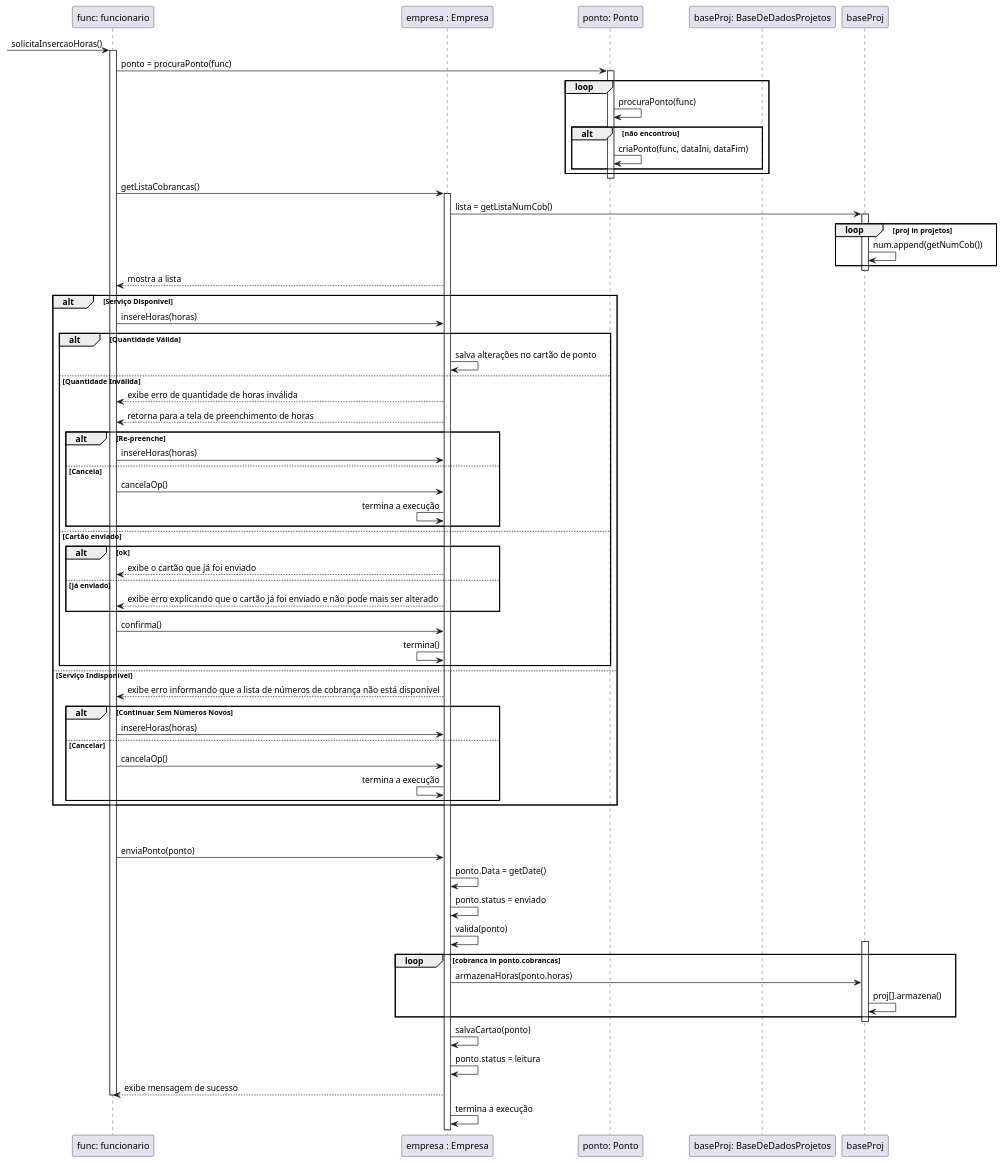
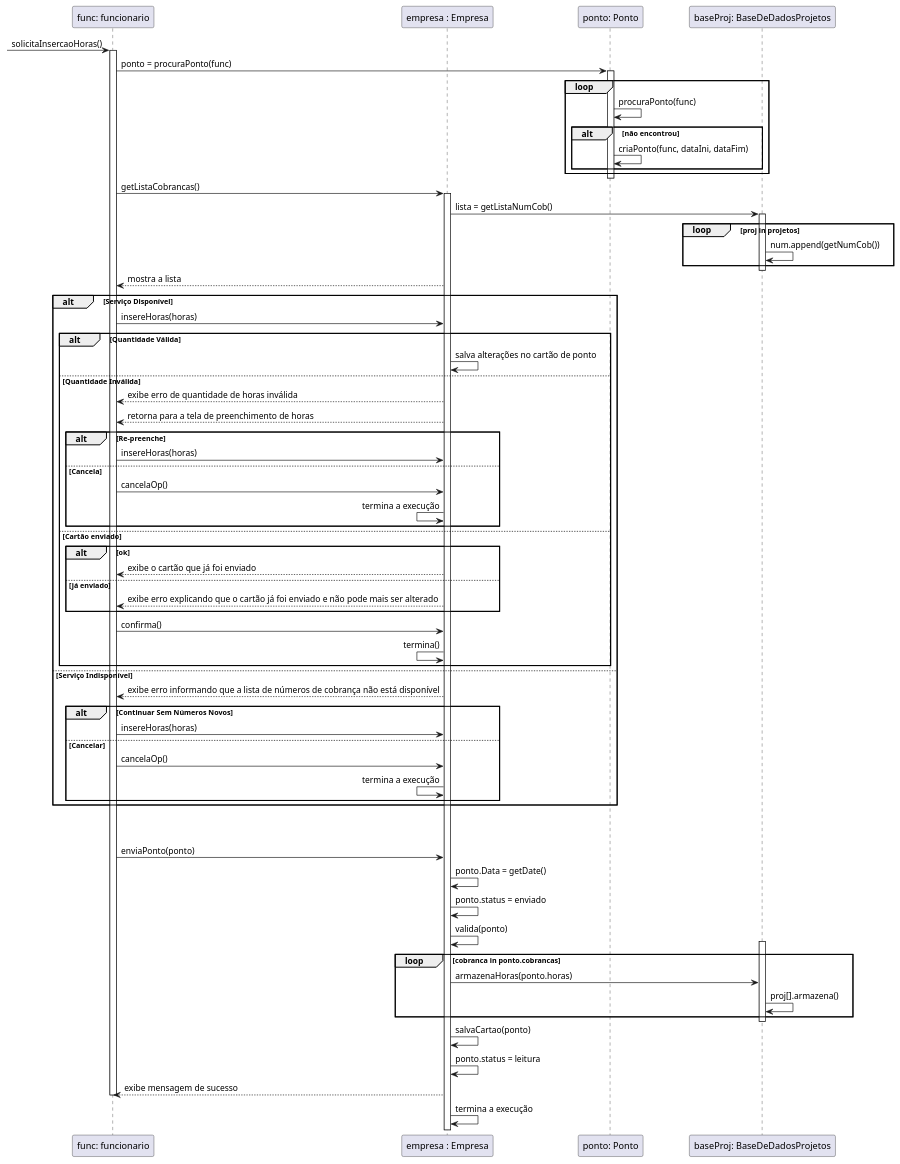
One commit to tikaradate/CI1163-Design_de_Software changed the diagram in casos_de_uso/caso-7/7-DS.plantuml. Above: the diagram before and after it, drawn with PlantUML. The commit also changed 4 other files, not shown here.

Commit message:
Começa o Diagrama de Classes Visão de Projeto

```diff
--- a/casos_de_uso/caso-7/7-DS.plantuml
+++ b/casos_de_uso/caso-7/7-DS.plantuml
@@ -1,103 +1,103 @@
-@startuml
+@startuml caso-7-ds
 
 Participant "func: funcionario" as funcionario
 Participant "empresa : Empresa" as empresa
 ' Participant "listaFun : ListaDefuncionarios" as listafuncionarios
 ' Participant "venda: Venda" as venda
 ' Participant "pgto: Pagamento" as pagamento
 Participant "ponto: Ponto" as ponto
-Participant "baseProj: BaseDeDadosProjetos" as baseProjeto
+Participant "baseProj: BaseDeDadosProjetos" as baseProj
 
 -> funcionario: solicitaInsercaoHoras()
 activate funcionario
 funcionario -> ponto: ponto = procuraPonto(func)
 activate ponto
 loop
     ponto -> ponto : procuraPonto(func)
     alt não encontrou
         ponto -> ponto: criaPonto(func, dataIni, dataFim)
     end
 end
 deactivate ponto
 
 funcionario -> empresa: getListaCobrancas()
 activate empresa
 empresa -> baseProj: lista = getListaNumCob()
 activate baseProj
 loop proj in projetos
     baseProj -> baseProj: num.append(getNumCob())
 end
 deactivate baseProj
 
 empresa --> funcionario: mostra a lista
 alt Serviço Disponível
 
     funcionario -> empresa : insereHoras(horas)
     alt Quantidade Válida
         'não sei como fazer muito bem
         empresa -> empresa : salva alterações no cartão de ponto
 
     else Quantidade Inválida
 
         funcionario <-- empresa : exibe erro de quantidade de horas inválida
         funcionario <-- empresa : retorna para a tela de preenchimento de horas
 
         alt Re-preenche
 
             funcionario -> empresa : insereHoras(horas)
 
         else Cancela
 
             funcionario -> empresa : cancelaOp()
             empresa <- empresa : termina a execução
 
         end
 
     else Cartão enviado
 
     alt ok
         funcionario <-- empresa : exibe o cartão que já foi enviado
     else já enviado
         funcionario <-- empresa : exibe erro explicando que o cartão já foi enviado e não pode mais ser alterado
     end
         funcionario -> empresa : confirma()
 
         empresa <- empresa : termina()
 
     end
 
 else Serviço Indisponível
 
     funcionario <-- empresa : exibe erro informando que a lista de números de cobrança não está disponível
     
     alt Continuar Sem Números Novos
 
         funcionario -> empresa : insereHoras(horas)
 
     else Cancelar
 
         funcionario -> empresa : cancelaOp()
         empresa <- empresa : termina a execução
 
     end
 end
 |||
 |||
 funcionario -> empresa : enviaPonto(ponto)
 empresa -> empresa : ponto.Data = getDate()
 empresa -> empresa : ponto.status = enviado
 empresa -> empresa : valida(ponto)
 activate baseProj
 loop cobranca in ponto.cobrancas
     empresa -> baseProj : armazenaHoras(ponto.horas)
     baseProj -> baseProj: proj[].armazena()
 end
 deactivate baseProj
 
 empresa -> empresa : salvaCartao(ponto)
 empresa -> empresa : ponto.status = leitura
 funcionario <-- empresa : exibe mensagem de sucesso
 deactivate funcionario
 empresa -> empresa : termina a execução
 
 @enduml
```
